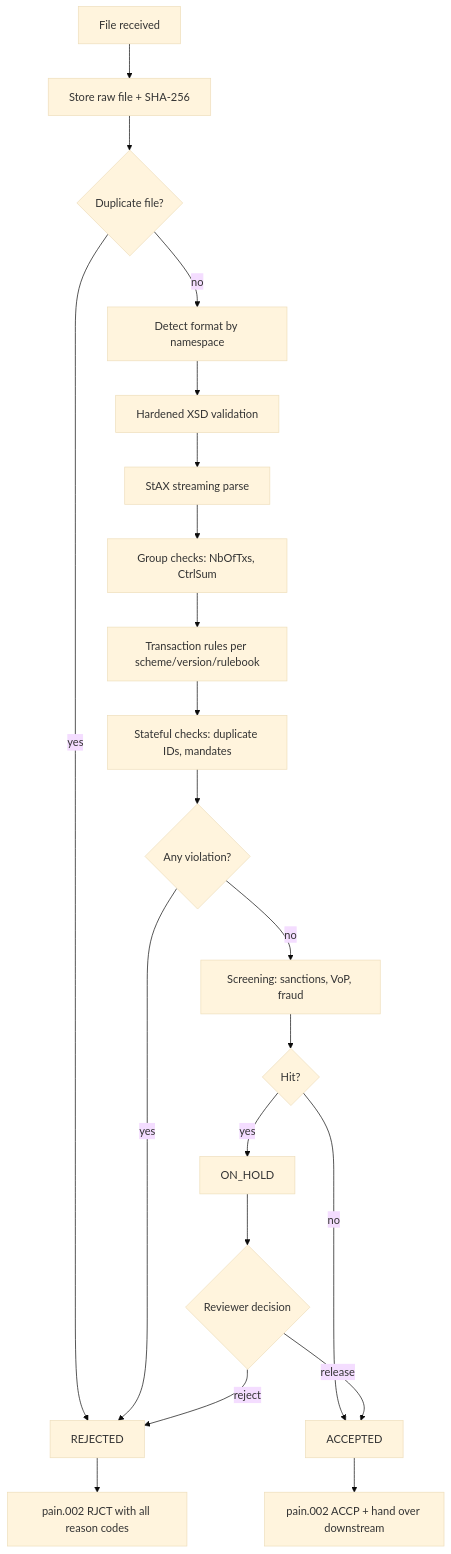
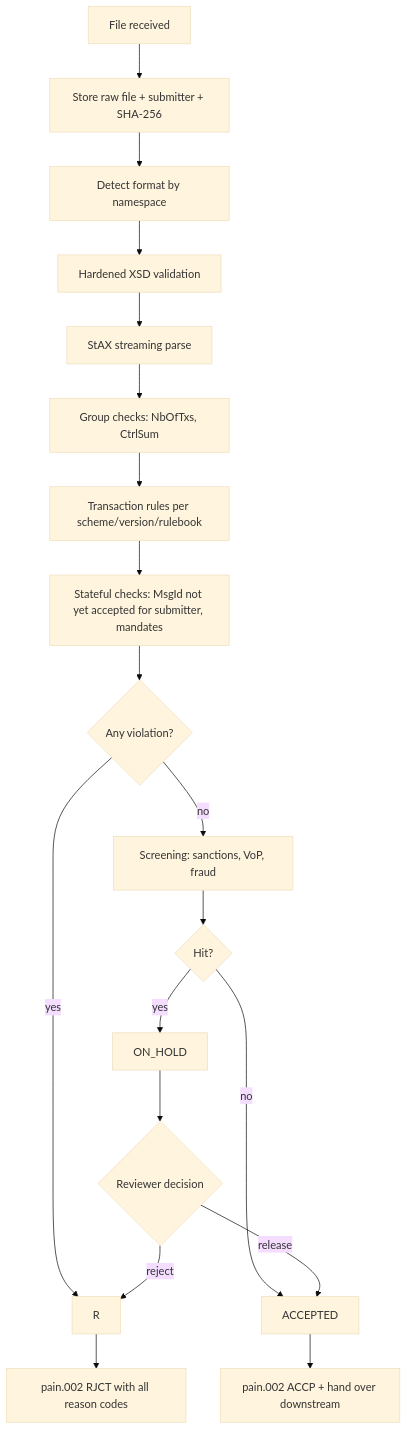
The second of 2 diagrams in docs/design/payment-order-validator.md (think-ahead-technologies/sepa-order-validator), drawn with Mermaid (base theme) before and after one commit. The commit also changed other lines of this file and 22 other files, not shown here.

First line of the commit message:
feat: reject duplicate message ids per submitter

````diff
--- a/docs/design/payment-order-validator.md
+++ b/docs/design/payment-order-validator.md
@@ -86,23 +86,21 @@
 ```mermaid
 flowchart TD
-    A[File received] --> B[Store raw file + SHA-256]
-    B --> C{Duplicate file?}
-    C -- yes --> R[REJECTED]
-    C -- no --> D[Detect format by namespace]
+    A[File received] --> B[Store raw file + submitter + SHA-256]
+    B --> D[Detect format by namespace]
     D --> E[Hardened XSD validation]
     E --> F[StAX streaming parse]
     F --> G[Group checks: NbOfTxs, CtrlSum]
     G --> H[Transaction rules per scheme/version/rulebook]
-    H --> I[Stateful checks: duplicate IDs, mandates]
+    H --> I[Stateful checks: MsgId not yet accepted for submitter, mandates]
     I --> J{Any violation?}
     J -- yes --> R
     J -- no --> K[Screening: sanctions, VoP, fraud]
     K --> L{Hit?}
     L -- no --> M[ACCEPTED]
     L -- yes --> N[ON_HOLD]
     N --> O{Reviewer decision}
     O -- release --> M
     O -- reject --> R
     M --> P[pain.002 ACCP + hand over downstream]
     R --> Q[pain.002 RJCT with all reason codes]
 ```
````
